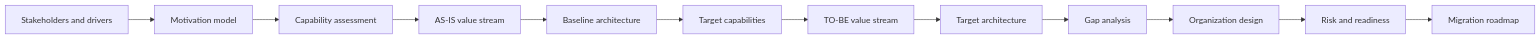
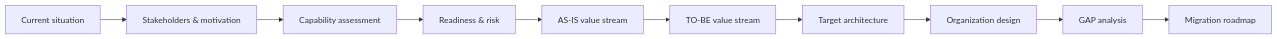
Before and after one commit to NesmachnyDN/cloud-development-platform-architecture: the diagram in README.md, drawn with Mermaid. The commit also changed other lines of this file and 15 other files, not shown here.

First line of the commit message:
Add original architecture visuals and diploma walkthrough

````diff
--- a/README.md
+++ b/README.md
@@ -26,14 +61,12 @@
 ```mermaid
 flowchart LR
-    A[Stakeholders and drivers] --> B[Motivation model]
+    A[Current situation] --> B[Stakeholders & motivation]
     B --> C[Capability assessment]
-    C --> D[AS-IS value stream]
-    D --> E[Baseline architecture]
-    E --> F[Target capabilities]
-    F --> G[TO-BE value stream]
-    G --> H[Target architecture]
-    H --> I[Gap analysis]
-    I --> J[Organization design]
-    J --> K[Risk and readiness]
-    K --> L[Migration roadmap]
+    C --> D[Readiness & risk]
+    D --> E[AS-IS value stream]
+    E --> F[TO-BE value stream]
+    F --> G[Target architecture]
+    G --> H[Organization design]
+    H --> I[GAP analysis]
+    I --> J[Migration roadmap]
 ```
````
